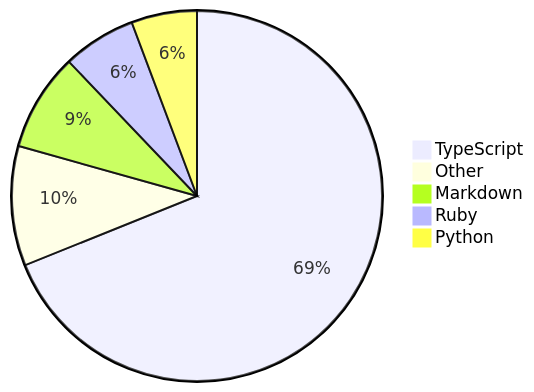
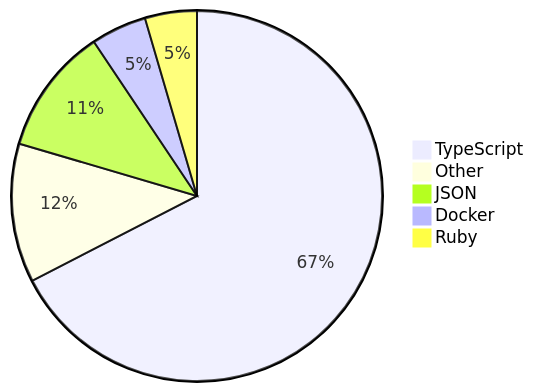
Before and after one commit to skvggor/skvggor: the diagram in README.md, drawn with Mermaid.

Commit message:
Updated waka-readme graph with new metrics

````diff
--- a/README.md
+++ b/README.md
@@ -16,8 +16,8 @@
 ```mermaid
 pie
-    "TypeScript" : 61.4
-    "Other" : 9.3
-    "Markdown" : 7.6
-    "Ruby" : 5.7
-    "Python" : 5.1
+    "TypeScript" : 64.0
+    "Other" : 11.5
+    "JSON" : 10.5
+    "Docker" : 4.6
+    "Ruby" : 4.3
 ```
````
